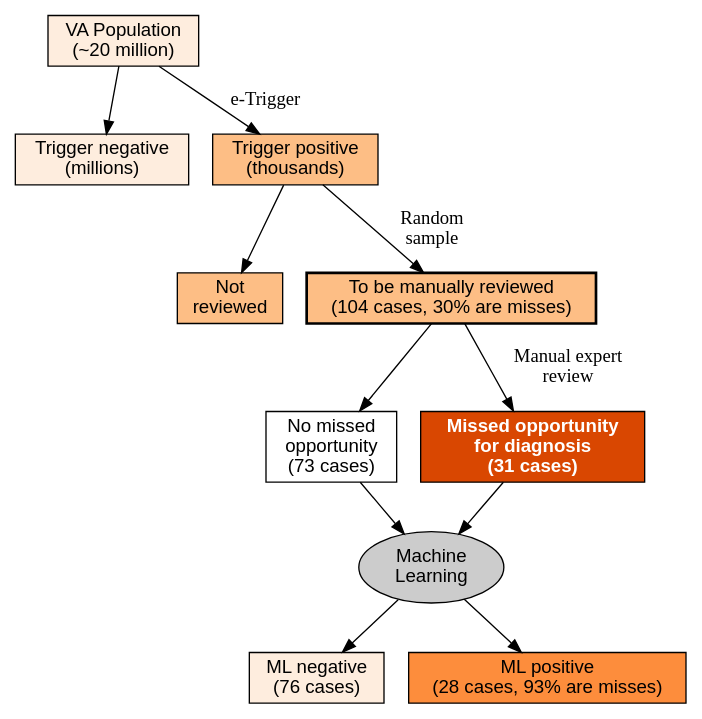
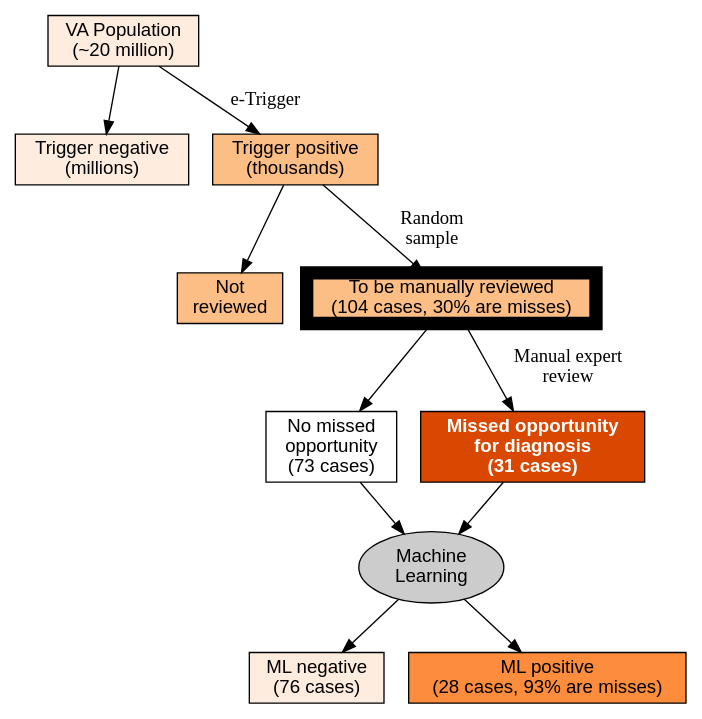
The diagram in AndyZimolzak/flow-colors-sparser.dot (zimolzak/ml-detect-diagnostic-safety), drawn with Graphviz before and after one commit.

Commit message:
Improve some labels

```diff
--- a/AndyZimolzak/flow-colors-sparser.dot
+++ b/AndyZimolzak/flow-colors-sparser.dot
@@ -1,43 +1,43 @@
 digraph G {
 
 node [style = filled, fillcolor="white", fontname="Helvetica", colorscheme="oranges4"]
   //rankdir = "LR";
 
 // Rectangles for number of charts
 
 twentyMillion [shape="rectangle", label="VA Population\n(~20 million)", fillcolor=1];
 millionsNeg [shape="rectangle", label="Trigger negative\n(millions)", fillcolor=1];
 thousands [shape="rectangle", label="Trigger positive\n(thousands)", fillcolor=2];
 
 notReview [shape="rectangle" label="Not\nreviewed", fillcolor=2];
-hundredReview [shape="rectangle", label="To be manually reviewed\n(104 cases, 30% are misses)", fillcolor=2, penwidth=2];
+hundredReview [shape="rectangle", label="To be manually reviewed\n(104 cases, 30% are misses)", fillcolor=2, penwidth=10];
 
 noMissedOD [shape="rectangle", label="No missed\nopportunity\n(73 cases)"];
 MissedOD [shape="rectangle", label="Missed opportunity\nfor diagnosis\n(31 cases)", fillcolor=4, fontcolor="white", fontname="Helvetica-Bold"];
 
 mlneg [shape="rectangle", fillcolor=1, label="ML negative\n(76 cases)"];
 mlpos [shape="rectangle", fillcolor=3, label="ML positive\n(28 cases, 93% are misses)"];  // color 3 is used only for ML +
 
 ML [fillcolor="#cccccc", label="Machine\nLearning"];
 
 
 
 
 // Edges
 
 twentyMillion -> millionsNeg;
 twentyMillion -> thousands [label="e-Trigger"];
 
 thousands -> notReview;
 thousands -> hundredReview [label="Random\nsample"];
 
 hundredReview -> noMissedOD;
 hundredReview -> MissedOD [label="Manual expert\nreview"];
 
 noMissedOD -> ML;
 MissedOD -> ML;
 
 ML -> mlneg;
 ML -> mlpos;
 
 }
```
